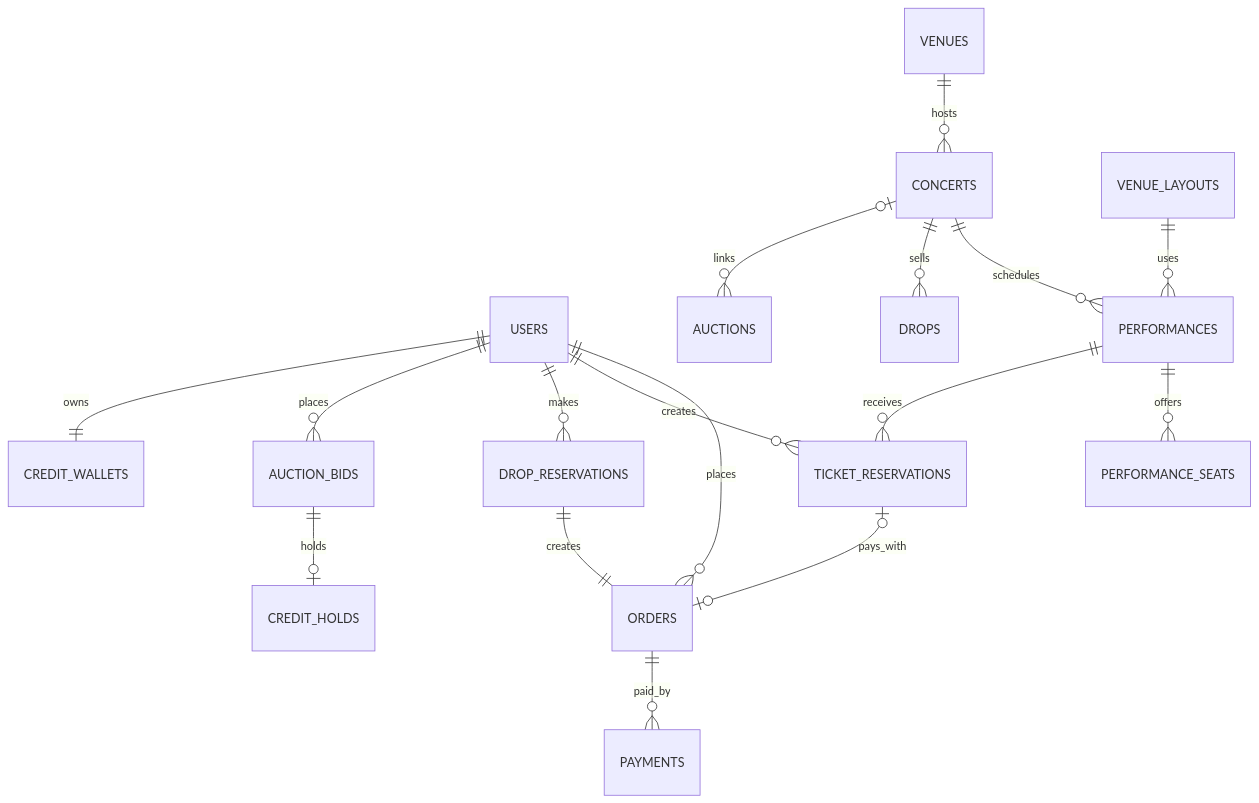
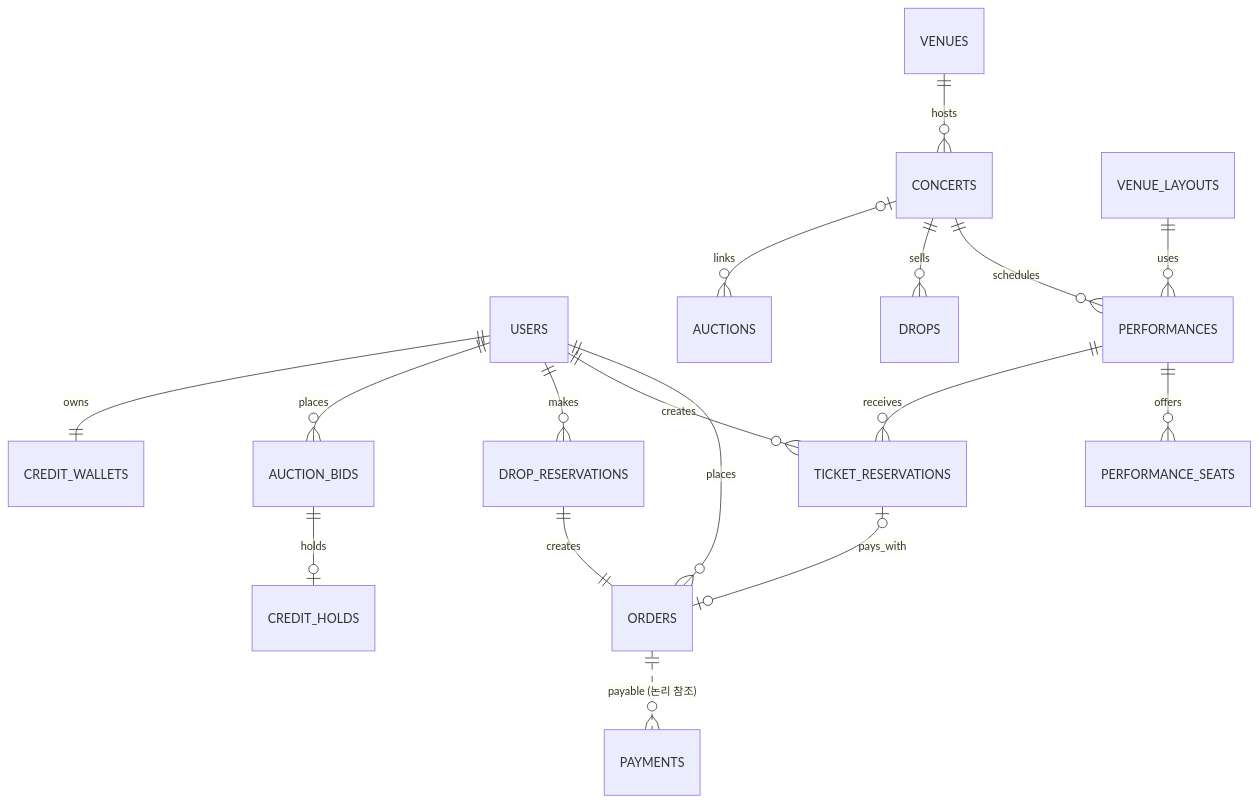
Before and after one commit to prgrms-be-devcourse/NBE12-14-final-RESTLESS: the diagram in docs/architecture/erd.md, drawn with Mermaid. The commit also changed other lines of this file and 14 other files, not shown here.

````diff
--- a/docs/architecture/erd.md
+++ b/docs/architecture/erd.md
@@ -30,23 +31,23 @@
 ```mermaid
 erDiagram
     USERS ||--o{ ORDERS : places
-    ORDERS ||--o{ PAYMENTS : paid_by
+    ORDERS ||..o{ PAYMENTS : "payable (논리 참조)"
 
     VENUES ||--o{ CONCERTS : hosts
     CONCERTS ||--o{ PERFORMANCES : schedules
     VENUE_LAYOUTS ||--o{ PERFORMANCES : uses
 
     PERFORMANCES ||--o{ PERFORMANCE_SEATS : offers
     PERFORMANCES ||--o{ TICKET_RESERVATIONS : receives
     TICKET_RESERVATIONS |o--o| ORDERS : pays_with
     USERS ||--o{ TICKET_RESERVATIONS : creates
 
     CONCERTS ||--o{ DROPS : sells
     DROP_RESERVATIONS ||--|| ORDERS : creates
     USERS ||--o{ DROP_RESERVATIONS : makes
 
     CONCERTS |o--o{ AUCTIONS : links
     USERS ||--o{ AUCTION_BIDS : places
     AUCTION_BIDS ||--o| CREDIT_HOLDS : holds
     USERS ||--|| CREDIT_WALLETS : owns
 ```
````
